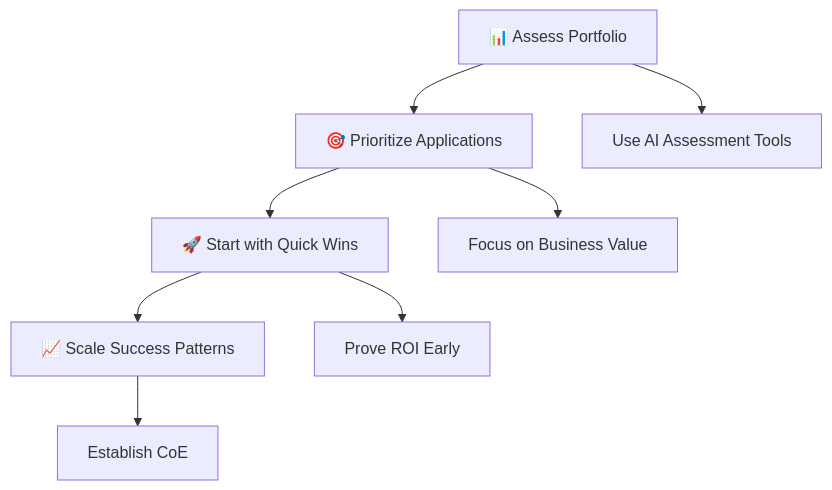
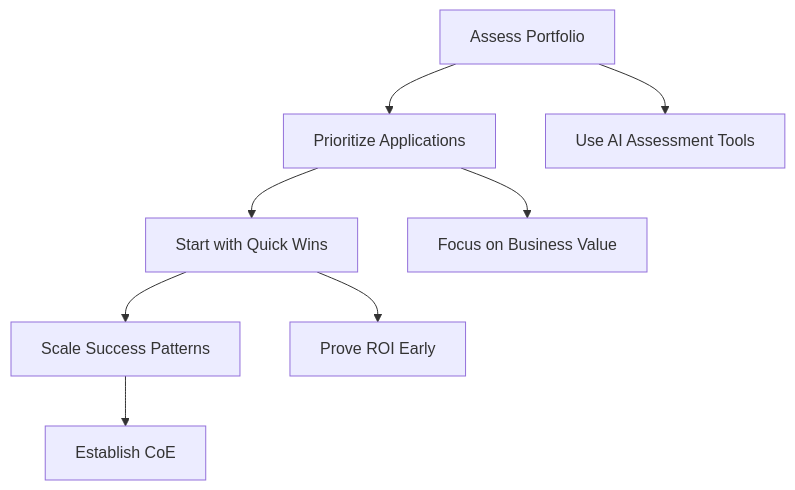
The tenth of 12 diagrams in SLIDES_MODERNIZATION.md (my-janala/app-modernisation-demo), drawn with Mermaid before and after one commit. The commit also changed other lines of this file and 5 other files, not shown here.

````diff
--- a/SLIDES_MODERNIZATION.md
+++ b/SLIDES_MODERNIZATION.md
@@ -359,11 +360,11 @@
 ```mermaid
 graph TD
-    A[📊 Assess Portfolio] --> B[🎯 Prioritize Applications]
-    B --> C[🚀 Start with Quick Wins]
-    C --> D[📈 Scale Success Patterns]
+    A[Assess Portfolio] --> B[Prioritize Applications]
+    B --> C[Start with Quick Wins]
+    C --> D[Scale Success Patterns]
     
     A --> A1[Use AI Assessment Tools]
     B --> B1[Focus on Business Value]
     C --> C1[Prove ROI Early]
     D --> D1[Establish CoE]
 ```
````
